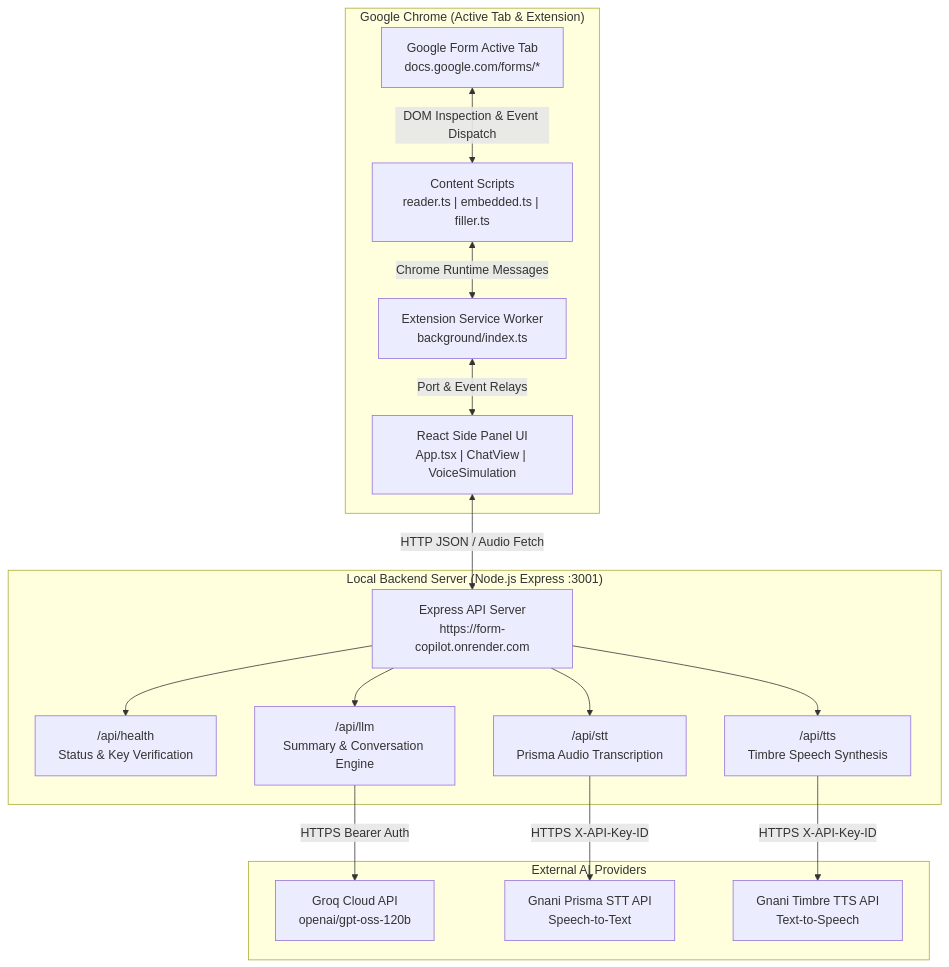
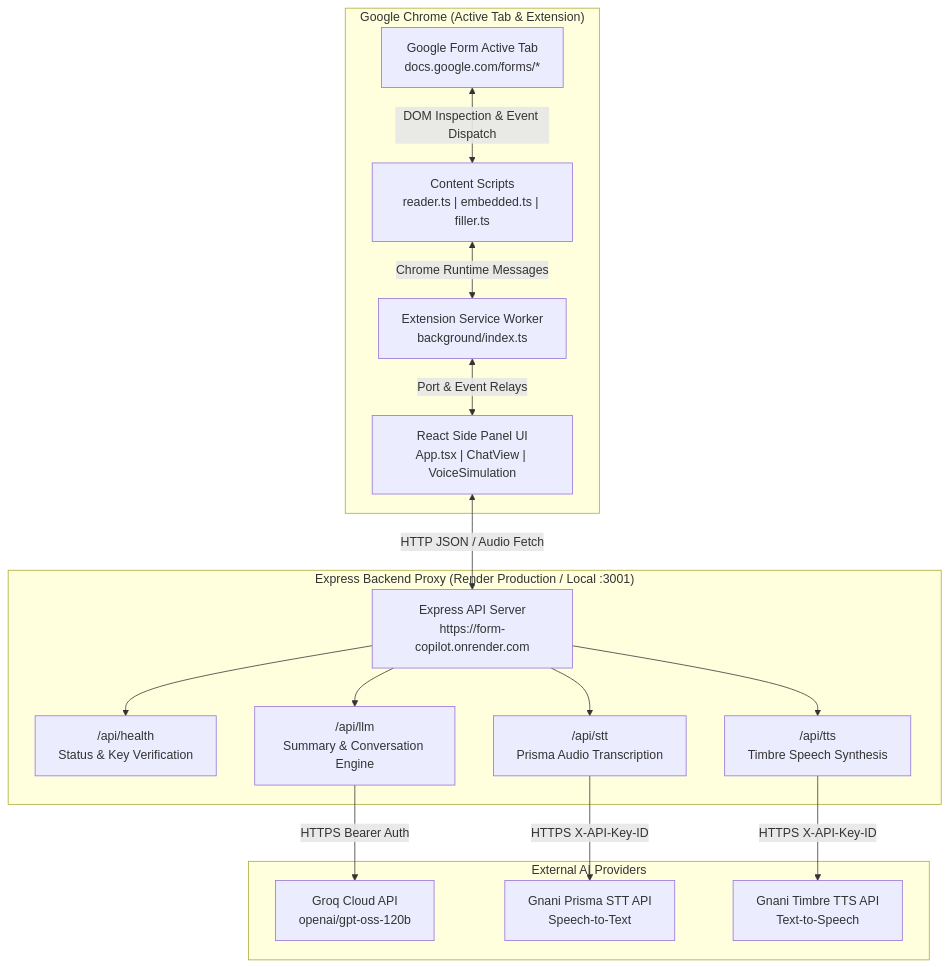
The first of 3 diagrams in README.md (nicksboson/Form-Copilot), drawn with Mermaid before and after one commit. The commit also changed other lines of this file, not shown here.

Commit message:
update README with AI Engine architecture, live Render badges, zero-setup guide, and Gnani hackathon acknowledgments

````diff
--- a/README.md
+++ b/README.md
@@ -55,38 +58,38 @@
 ```mermaid
 flowchart TD
     subgraph Browser["Google Chrome (Active Tab & Extension)"]
         FormTab["Google Form Active Tab<br/>docs.google.com/forms/*"]
         ContentScript["Content Scripts<br/>reader.ts | embedded.ts | filler.ts"]
         BackgroundWorker["Extension Service Worker<br/>background/index.ts"]
         SidepanelUI["React Side Panel UI<br/>App.tsx | ChatView | VoiceSimulation"]
 
         FormTab <-->|"DOM Inspection & Event Dispatch"| ContentScript
         ContentScript <-->|"Chrome Runtime Messages"| BackgroundWorker
         BackgroundWorker <-->|"Port & Event Relays"| SidepanelUI
     end
 
-    subgraph LocalBackend["Local Backend Server (Node.js Express :3001)"]
+    subgraph BackendProxy["Express Backend Proxy (Render Production / Local :3001)"]
         ExpressApp["Express API Server<br/>https://form-copilot.onrender.com"]
         HealthRoute["/api/health<br/>Status & Key Verification"]
         LLMRoute["/api/llm<br/>Summary & Conversation Engine"]
         STTRoute["/api/stt<br/>Prisma Audio Transcription"]
         TTSRoute["/api/tts<br/>Timbre Speech Synthesis"]
 
         ExpressApp --> HealthRoute
         ExpressApp --> LLMRoute
         ExpressApp --> STTRoute
         ExpressApp --> TTSRoute
     end
 
     subgraph CloudAPIs["External AI Providers"]
         GroqAPI["Groq Cloud API<br/>openai/gpt-oss-120b"]
         GnaniSTT["Gnani Prisma STT API<br/>Speech-to-Text"]
         GnaniTTS["Gnani Timbre TTS API<br/>Text-to-Speech"]
 
         LLMRoute -->|"HTTPS Bearer Auth"| GroqAPI
         STTRoute -->|"HTTPS X-API-Key-ID"| GnaniSTT
         TTSRoute -->|"HTTPS X-API-Key-ID"| GnaniTTS
     end
 
     SidepanelUI <-->|"HTTP JSON / Audio Fetch"| ExpressApp
 ```
````
